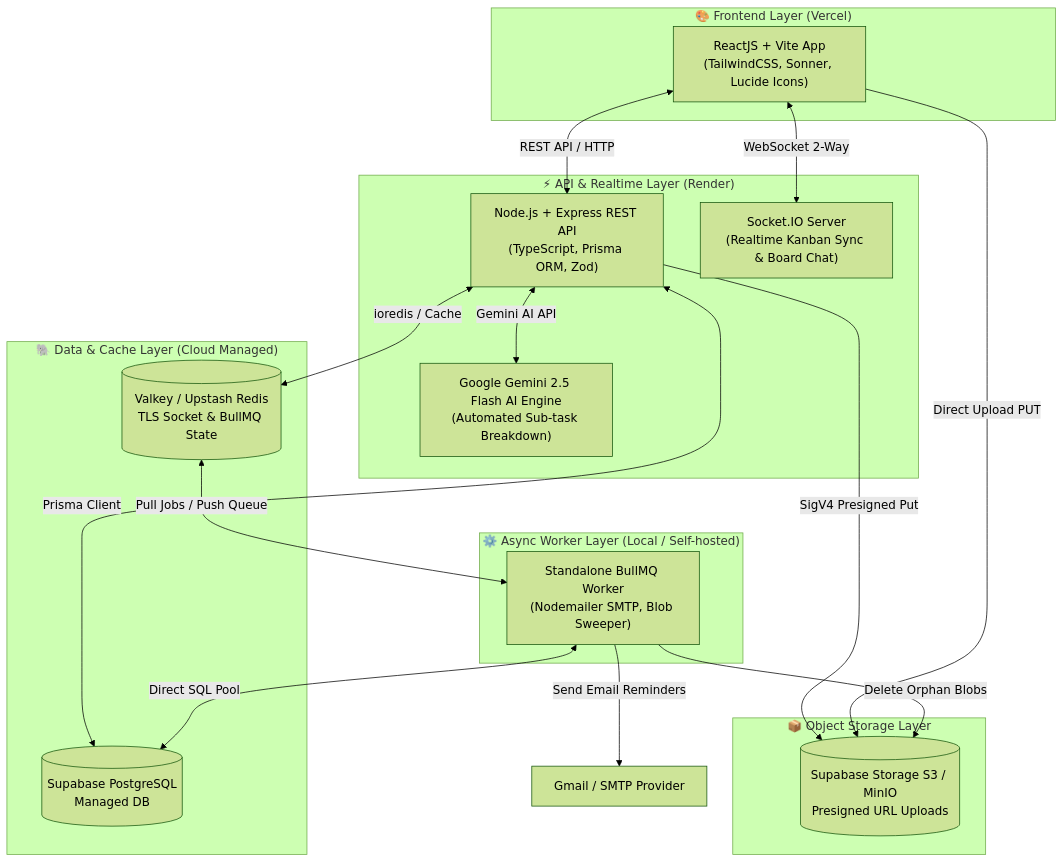
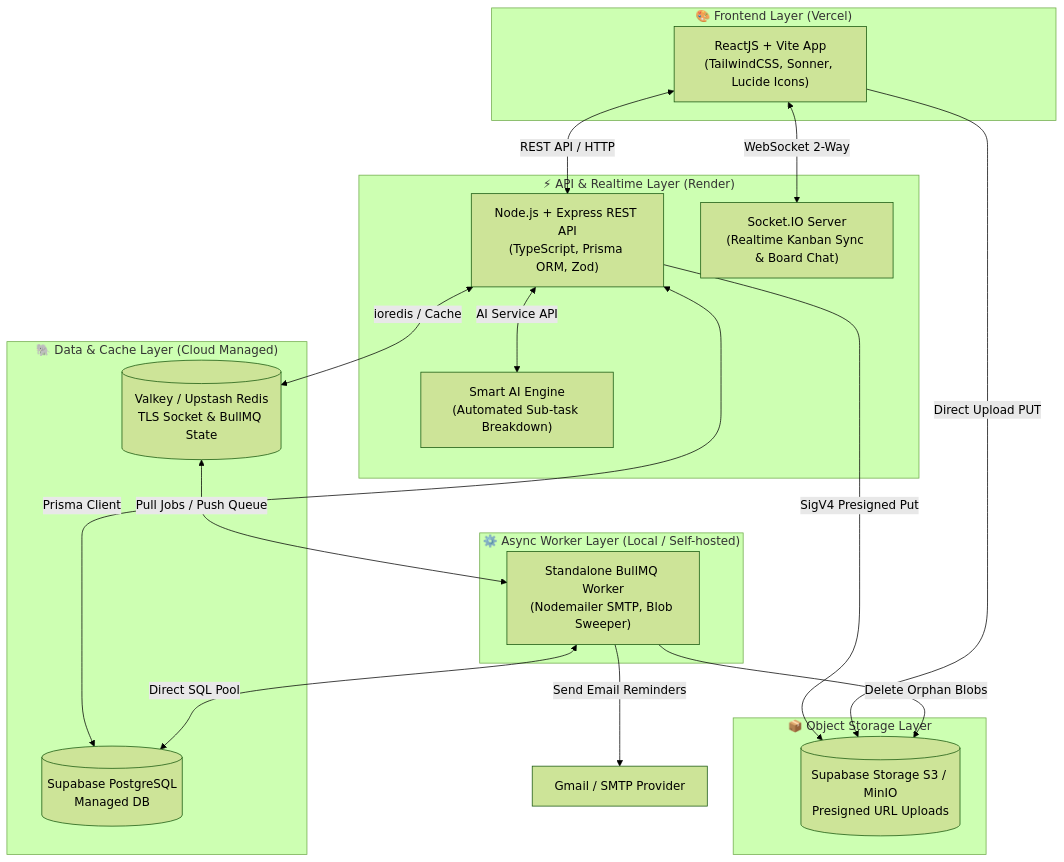
Before and after one commit to tvquang0511/TeamHub: the diagram in README.md, drawn with Mermaid (forest theme). The commit also changed other lines of this file, not shown here.

````diff
--- a/README.md
+++ b/README.md
@@ -107,38 +107,38 @@
 ```mermaid
 flowchart TD
     subgraph ClientLayer ["🎨 Frontend Layer (Vercel)"]
         FE["ReactJS + Vite App\n(TailwindCSS, Sonner, Lucide Icons)"]
     end
 
     subgraph APILayer ["⚡ API & Realtime Layer (Render)"]
         API["Node.js + Express REST API\n(TypeScript, Prisma ORM, Zod)"]
         SOCKET["Socket.IO Server\n(Realtime Kanban Sync & Board Chat)"]
-        GEMINI["Google Gemini 2.5 Flash AI Engine\n(Automated Sub-task Breakdown)"]
+        AI["Smart AI Engine\n(Automated Sub-task Breakdown)"]
     end
 
     subgraph DataLayer ["🐘 Data & Cache Layer (Cloud Managed)"]
         DB[(Supabase PostgreSQL\nManaged DB)]
         REDIS[(Valkey / Upstash Redis\nTLS Socket & BullMQ State)]
     end
 
     subgraph WorkerLayer ["⚙️ Async Worker Layer (Local / Self-hosted)"]
         WORKER["Standalone BullMQ Worker\n(Nodemailer SMTP, Blob Sweeper)"]
     end
 
     subgraph StorageLayer ["📦 Object Storage Layer"]
         S3[(Supabase Storage S3 / MinIO\nPresigned URL Uploads)]
     end
 
     FE <-->|REST API / HTTP| API
     FE <-->|WebSocket 2-Way| SOCKET
-    API <-->|Gemini AI API| GEMINI
+    API <-->|AI Service API| AI
     API <-->|Prisma Client| DB
     API <-->|ioredis / Cache| REDIS
     API -->|SigV4 Presigned Put| S3
     FE -->|Direct Upload PUT| S3
     
     REDIS <-->|Pull Jobs / Push Queue| WORKER
     WORKER <-->|Direct SQL Pool| DB
     WORKER -->|Delete Orphan Blobs| S3
     WORKER -->|Send Email Reminders| SMTP[Gmail / SMTP Provider]
 ```
````
